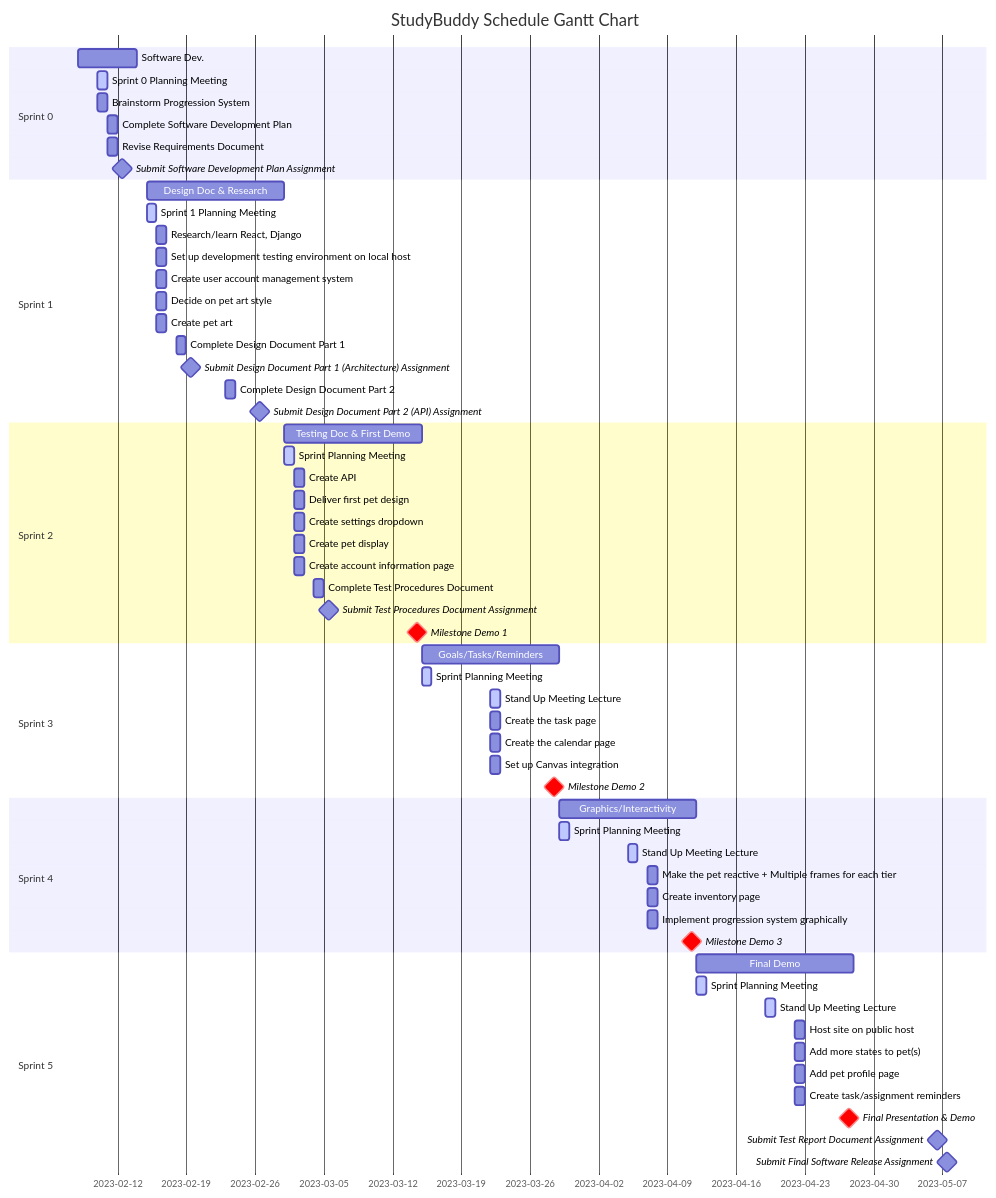
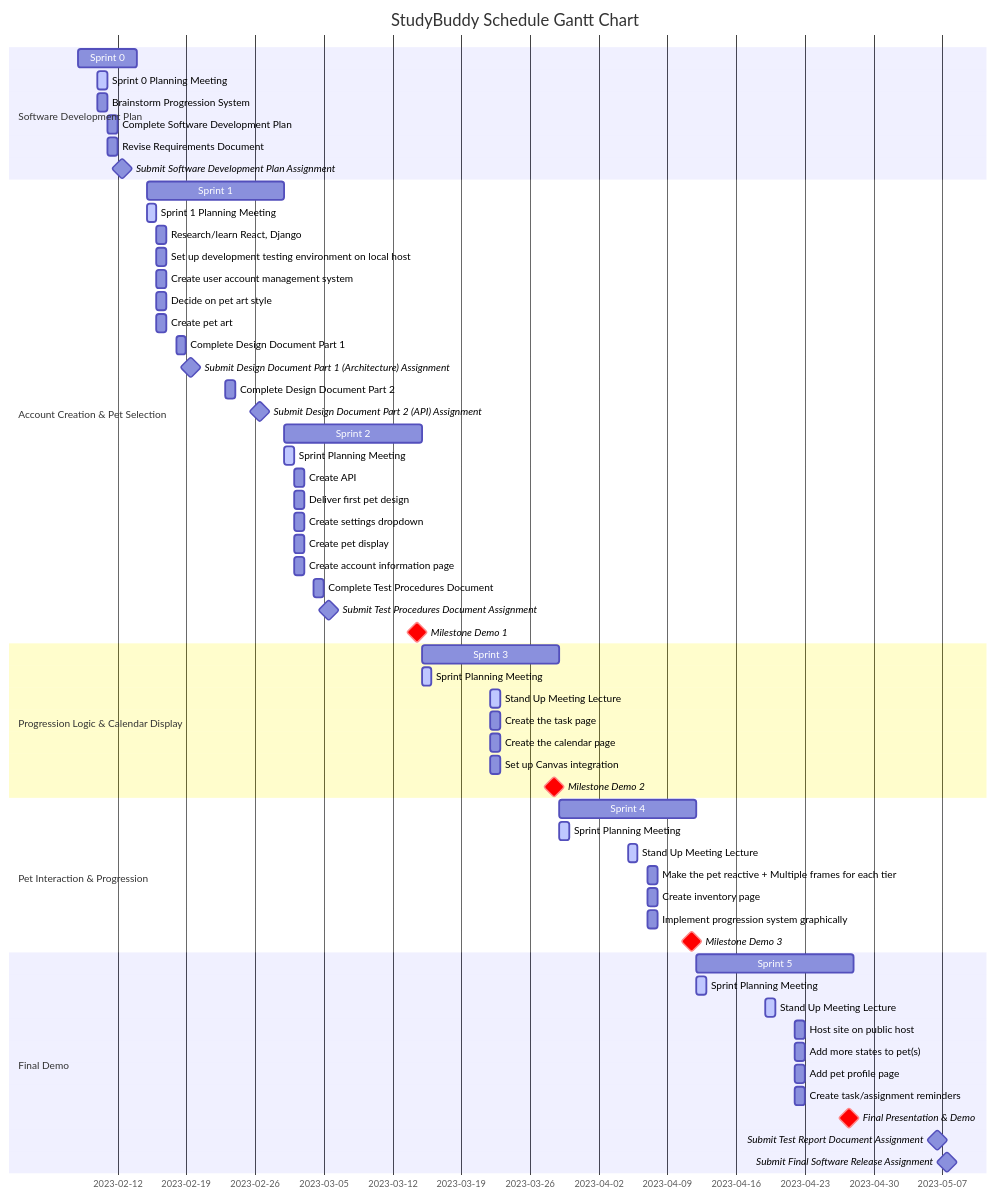
Before and after one commit to Capstone-Projects-2023-Spring/project-virtual-pet: the diagram in documentation/docs/development-plan/schedule.md, drawn with Mermaid.

Commit message:
Updated axes of Gantt chart
Feature durations and titles will be updated in the next commit

````diff
--- a/documentation/docs/development-plan/schedule.md
+++ b/documentation/docs/development-plan/schedule.md
@@ -11,113 +11,113 @@
     title StudyBuddy Schedule Gantt Chart
     todayMarker stroke-width:10px,stroke:#0f0,opacity:0.4
     dateFormat  YYYY-MM-DD
-        section Sprint 0
-        Software Dev.: , 2023-02-08, 6d
-        section Sprint 0
+        section Software Development Plan
+        Sprint 0: , 2023-02-08, 6d
+        section Software Development Plan
         Sprint 0 Planning Meeting: active, 2023-02-10, 1d
-        section Sprint 0
+        section Software Development Plan
         Brainstorm Progression System: , 2023-02-10, 1d
-        section Sprint 0
+        section Software Development Plan
         Complete Software Development Plan: , 2023-02-11, 1d
-        section Sprint 0
+        section Software Development Plan
         Revise Requirements Document: , 2023-02-11, 1d
-        section Sprint 0
+        section Software Development Plan
         Submit Software Development Plan Assignment: milestone, 2023-02-12, 1d
 
-        section Sprint 1
-        Design Doc & Research: , 2023-02-15, 2w
-        section Sprint 1
+        section Account Creation & Pet Selection
+        Sprint 1: , 2023-02-15, 2w
+        section Account Creation & Pet Selection
         Sprint 1 Planning Meeting: active, 2023-02-15, 1d
-        section Sprint 1
+        section Account Creation & Pet Selection
         Research/learn React, Django:  , 2023-02-16, 1d
-        section Sprint 1
+        section Account Creation & Pet Selection
         Set up development testing environment on local host:  , 2023-02-16, 1d
-        section Sprint 1
+        section Account Creation & Pet Selection
         Create user account management system:  , 2023-02-16, 1d
-        section Sprint 1
+        section Account Creation & Pet Selection
         Decide on pet art style:  , 2023-02-16, 1d
-        section Sprint 1
+        section Account Creation & Pet Selection
         Create pet art:  , 2023-02-16, 1d
-        section Sprint 1
+        section Account Creation & Pet Selection
         Complete Design Document Part 1:  , 2023-02-18, 1d
-        section Sprint 1
+        section Account Creation & Pet Selection
         Submit Design Document Part 1 (Architecture) Assignment: milestone, , 2023-02-19, 1d
-        section Sprint 1
+        section Account Creation & Pet Selection
         Complete Design Document Part 2:  , 2023-02-23, 1d
-        section Sprint 1
+        section Account Creation & Pet Selection
         Submit Design Document Part 2 (API) Assignment: milestone, , 2023-02-26, 1d
 
         
-        section Sprint 2
-        Testing Doc & First Demo: , 2023-03-01, 2w
-        section Sprint 2
+        section Account Creation & Pet Selection
+        Sprint 2: , 2023-03-01, 2w
+        section Account Creation & Pet Selection
         Sprint Planning Meeting: active, 2023-03-01, 1d
-        section Sprint 2
+        section Account Creation & Pet Selection
         Create API : , 2023-03-02, 1d
-        section Sprint 2
+        section Account Creation & Pet Selection
         Deliver first pet design: , 2023-03-02, 1d
-        section Sprint 2
+        section Account Creation & Pet Selection
         Create settings dropdown: , 2023-03-02, 1d
-        section Sprint 2
+        section Account Creation & Pet Selection
         Create pet display : , 2023-03-02, 1d
-        section Sprint 2
+        section Account Creation & Pet Selection
         Create account information page : , 2023-03-02, 1d
-        section Sprint 2
+        section Account Creation & Pet Selection
         Complete Test Procedures Document: , 2023-03-04, 1d
-        section Sprint 2
+        section Account Creation & Pet Selection
         Submit Test Procedures Document Assignment: milestone, , 2023-03-05, 1d
-        section Sprint 2
+        section Account Creation & Pet Selection
         Milestone Demo 1 :crit, milestone,  , 2023-03-14, 1d
 
-        section Sprint 3
-        Goals/Tasks/Reminders: , 2023-03-15, 2w
-        section Sprint 3
+        section Progression Logic & Calendar Display
+        Sprint 3: , 2023-03-15, 2w
+        section Progression Logic & Calendar Display
         Sprint Planning Meeting: active , 2023-03-15, 1d
-        section Sprint 3
+        section Progression Logic & Calendar Display
         Stand Up Meeting Lecture: active , 2023-03-22, 1d
-        section Sprint 3
+        section Progression Logic & Calendar Display
         Create the task page: , 2023-03-22, 1d
-        section Sprint 3
+        section Progression Logic & Calendar Display
         Create the calendar page: , 2023-03-22, 1d
-        section Sprint 3
+        section Progression Logic & Calendar Display
         Set up Canvas integration: , 2023-03-22, 1d
-        section Sprint 3
+        section Progression Logic & Calendar Display
          Milestone Demo 2 :crit, milestone,  , 2023-03-28, 1d
 
         
-        section Sprint 4
-        Graphics/Interactivity: , 2023-03-29, 2w
-        section Sprint 4
+        section Pet Interaction & Progression
+        Sprint 4: , 2023-03-29, 2w
+        section Pet Interaction & Progression
         Sprint Planning Meeting: active , 2023-03-29, 1d
-        section Sprint 4
+        section Pet Interaction & Progression
         Stand Up Meeting Lecture: active , 2023-04-05, 1d
-        section Sprint 4
+        section Pet Interaction & Progression
         Make the pet reactive + Multiple frames for each tier: , 2023-04-07, 1d
-        section Sprint 4
+        section Pet Interaction & Progression
         Create inventory page: , 2023-04-07, 1d
-        section Sprint 4
+        section Pet Interaction & Progression
         Implement progression system graphically: , 2023-04-07, 1d
-        section Sprint 4
+        section Pet Interaction & Progression
         Milestone Demo 3 :crit, milestone,  , 2023-04-11, 1d
 
-        section Sprint 5
-        Final Demo: , 2023-04-12, 16d
-        section Sprint 5
+        section Final Demo
+        Sprint 5: , 2023-04-12, 16d
+        section Final Demo
         Sprint Planning Meeting: active , 2023-04-12, 1d
-        section Sprint 5
+        section Final Demo
         Stand Up Meeting Lecture: active , 2023-04-19, 1d
-        section Sprint 5
+        section Final Demo
         Host site on public host: , 2023-04-22, 1d
-        section Sprint 5
+        section Final Demo
         Add more states to pet(s): , 2023-04-22, 1d
-        section Sprint 5
+        section Final Demo
         Add pet profile page: , 2023-04-22, 1d
-        section Sprint 5
+        section Final Demo
         Create task/assignment reminders:, 2023-04-22, 1d
-        section Sprint 5
+        section Final Demo
         Final Presentation & Demo :crit, milestone,  , 2023-04-27, 1d
-        section Sprint 5
+        section Final Demo
         Submit Test Report Document Assignment: milestone, , 2023-05-06, 1d
-        section Sprint 5
+        section Final Demo
         Submit Final Software Release Assignment: milestone, , 2023-05-07, 1d
 ```
````
